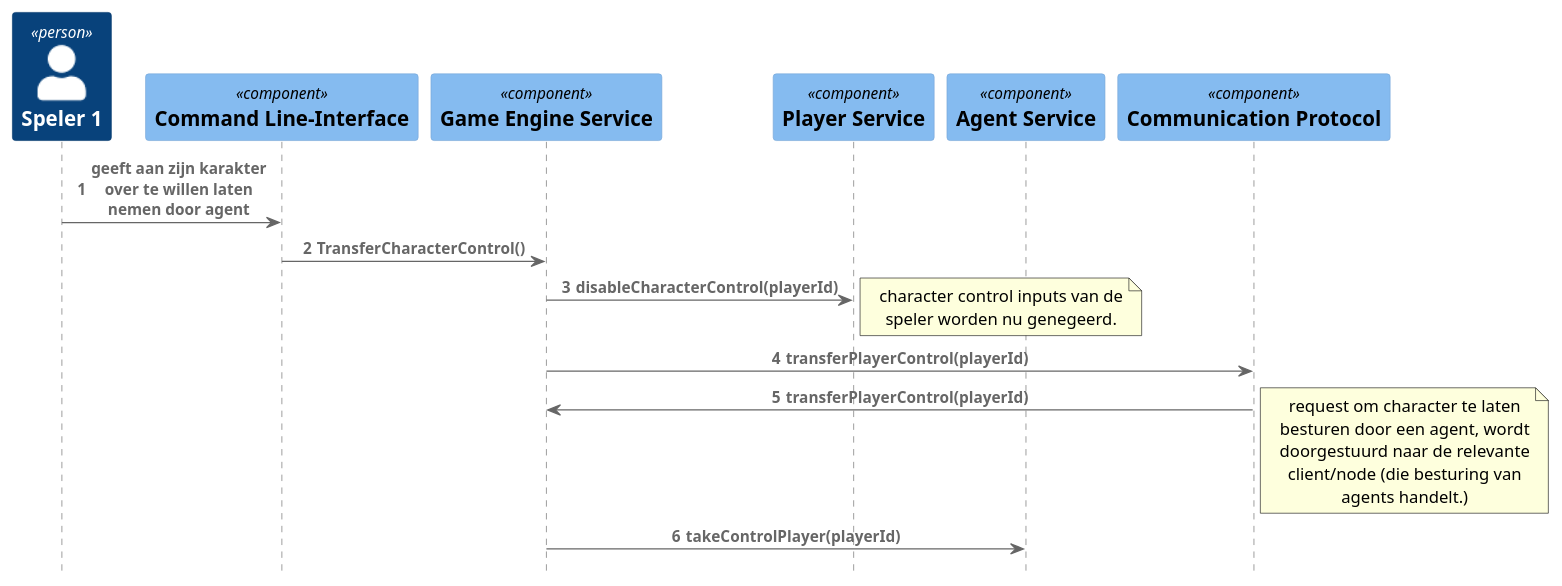
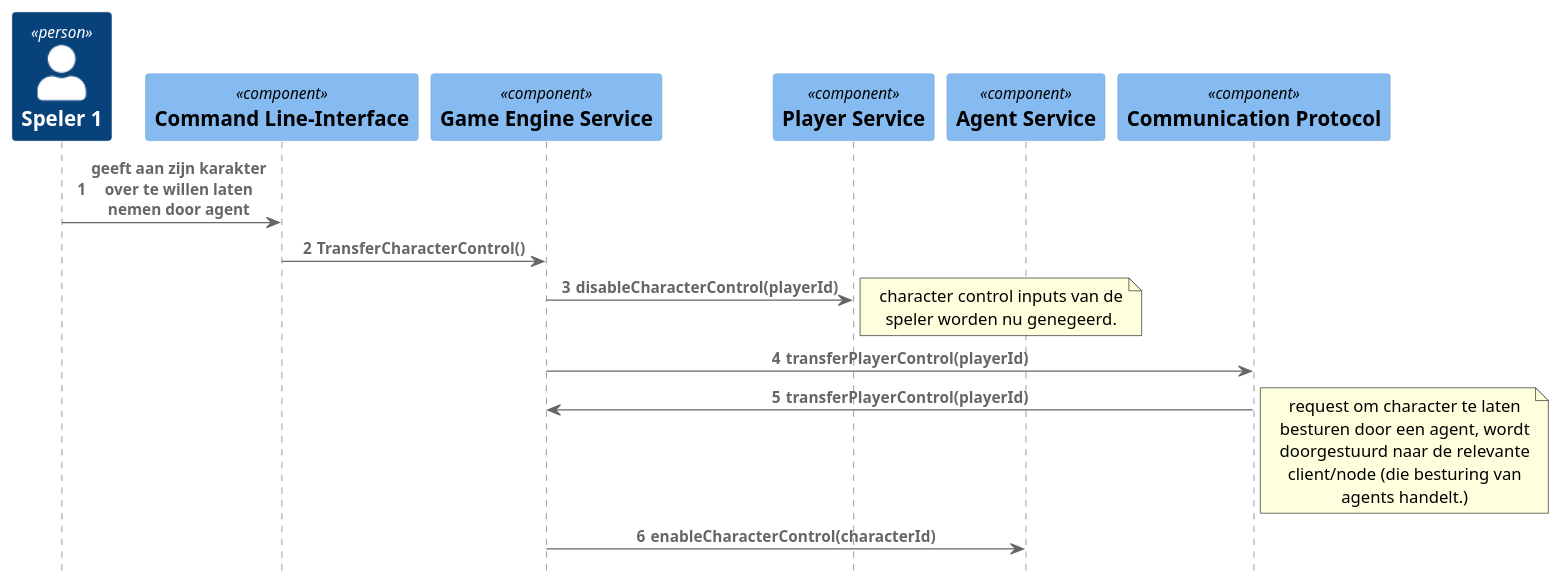
One commit to DaanBannaan/SAD-sequentie changed the diagram in agentOverLatenNemen.puml. Above: the diagram before and after it, drawn with PlantUML.

```diff
--- a/agentOverLatenNemen.puml
+++ b/agentOverLatenNemen.puml
@@ -3,30 +3,30 @@
 @startuml
 
 !include https://raw.githubusercontent.com/plantuml-stdlib/C4-PlantUML/master/C4_Sequence.puml
 autonumber
 
 
 Person(speler, "Speler 1")
 Component(cli, "Command Line-Interface")
 Component(engine, "Game Engine Service")
 
 Rel(speler, cli, geeft aan zijn karakter over te willen laten nemen door agent)
 Rel(cli, engine, TransferCharacterControl())
 
 Component(player, "Player Service")
 Component(agent, "Agent Service")
 
 Rel(engine, player, disableCharacterControl(playerId))
 
 note right: character control inputs van de speler worden nu genegeerd.
 
 Component(comms, "Communication Protocol")
 Rel(engine, comms, transferPlayerControl(playerId))
 Rel(comms, engine, transferPlayerControl(playerId))
 note right: request om character te laten besturen door een agent, wordt doorgestuurd naar de relevante client/node (die besturing van agents handelt.)
 
-Rel(engine, agent, takeControlPlayer(playerId))
+Rel(engine, agent, enableCharacterControl(characterId))
 
 
 
 @enduml
```
